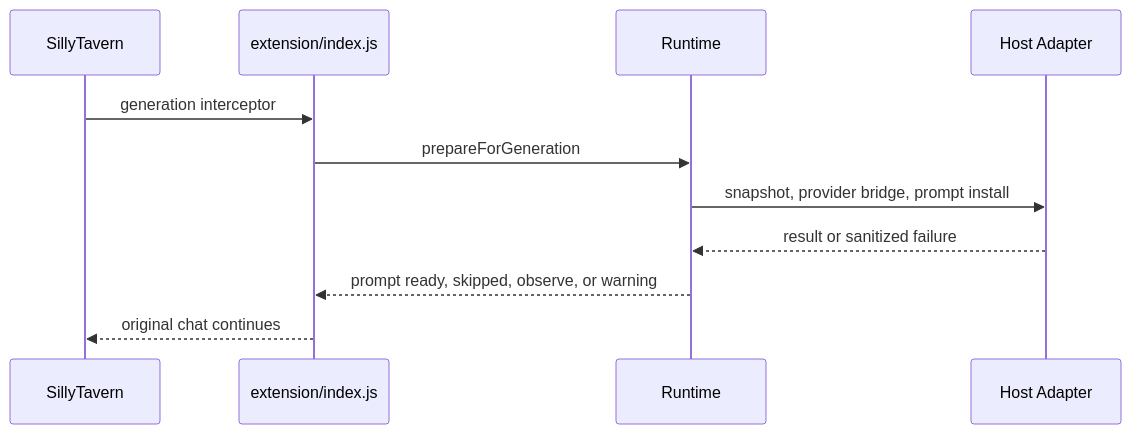
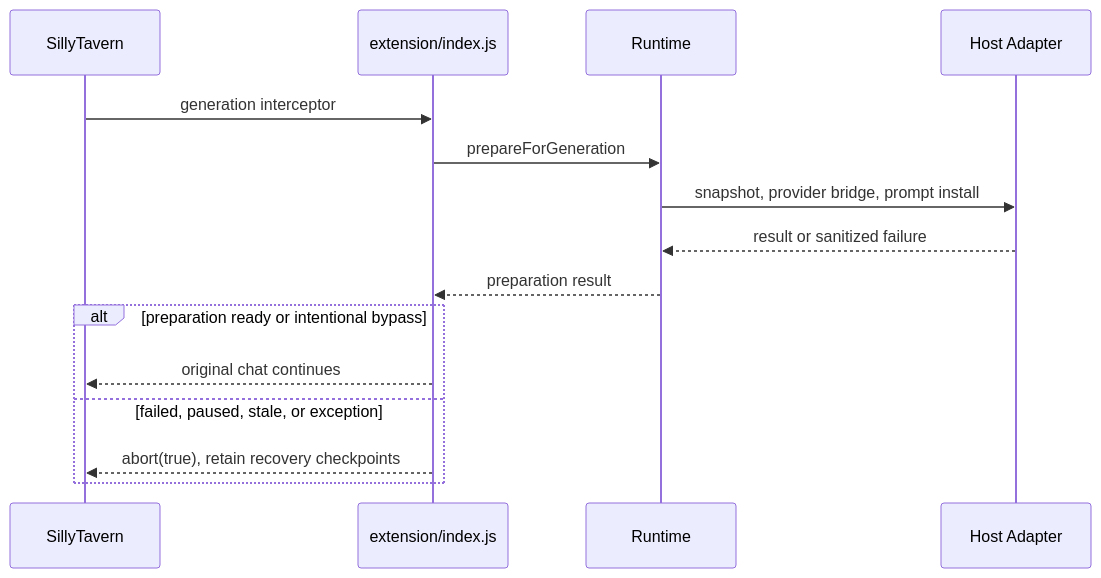
The diagram in docs/technical/HOST_INTEGRATION_MANUAL.md (MentallyQuill/Recursion), drawn with Mermaid before and after one commit. The commit also changed other lines of this file and 9 other files, not shown here.

````diff
--- a/docs/technical/HOST_INTEGRATION_MANUAL.md
+++ b/docs/technical/HOST_INTEGRATION_MANUAL.md
@@ -59,13 +59,17 @@
 ```mermaid
 sequenceDiagram
     participant ST as SillyTavern
     participant Entry as extension/index.js
     participant Runtime as Runtime
     participant Host as Host Adapter
     ST->>Entry: generation interceptor
     Entry->>Runtime: prepareForGeneration
     Runtime->>Host: snapshot, provider bridge, prompt install
     Host-->>Runtime: result or sanitized failure
-    Runtime-->>Entry: prompt ready, skipped, observe, or warning
-    Entry-->>ST: original chat continues
+    Runtime-->>Entry: preparation result
+    alt preparation ready or intentional bypass
+        Entry-->>ST: original chat continues
+    else failed, paused, stale, or exception
+        Entry-->>ST: abort(true), retain recovery checkpoints
+    end
 ```
````
